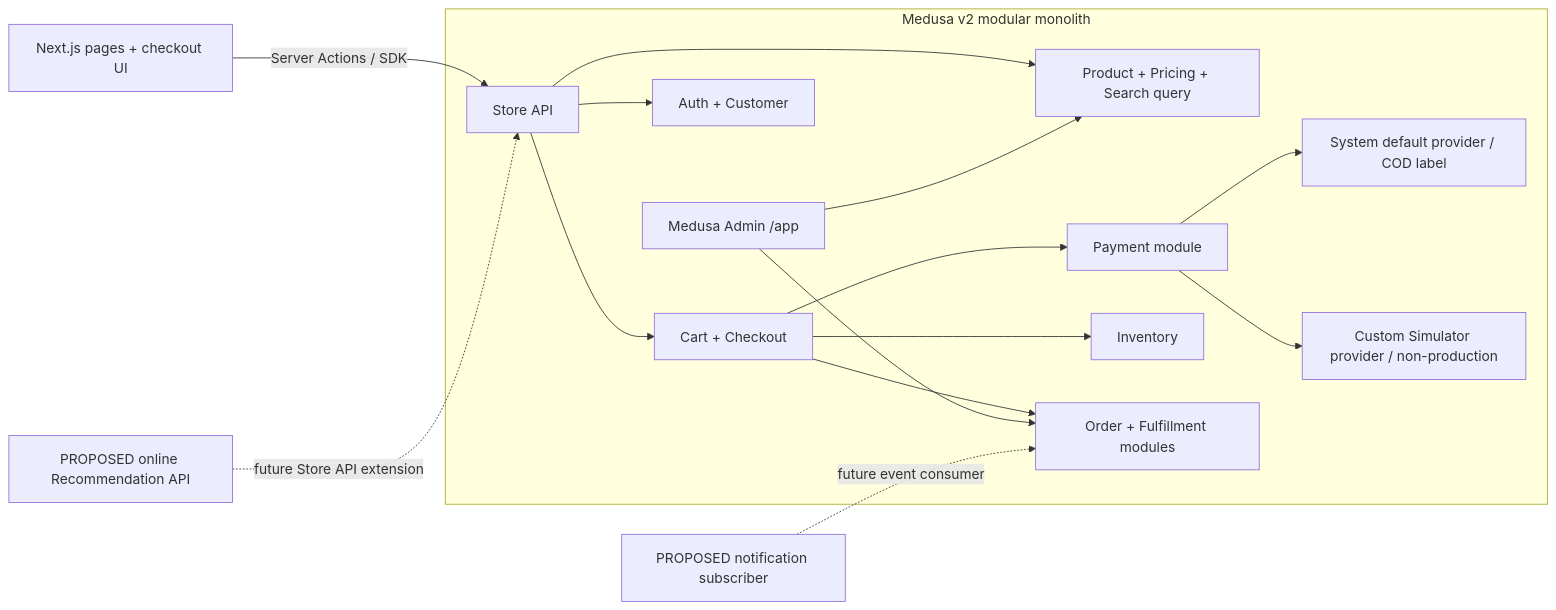
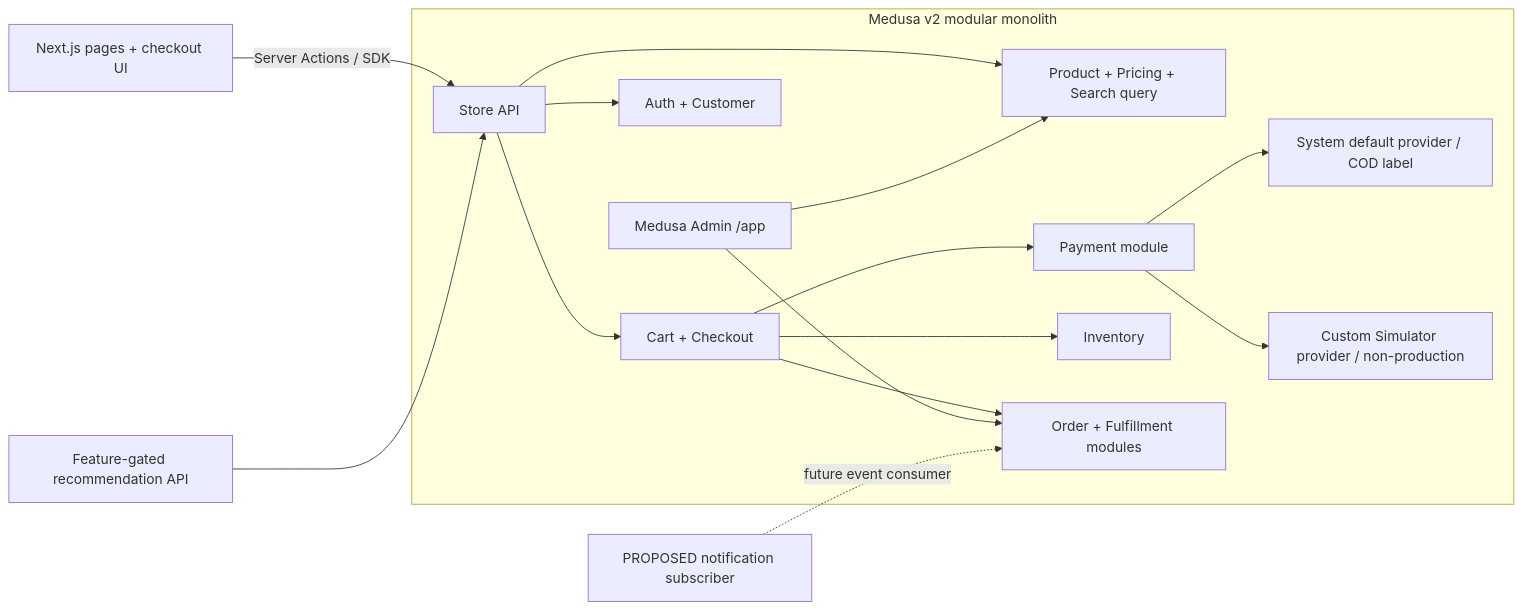
Before and after one commit to kieuquy283/EnterpriseE-commercePlatform: the second of 5 diagrams in docs/architecture/cloud-system-architecture.md, drawn with Mermaid. The commit also changed other lines of this file and 30 other files, not shown here.

Commit message:
docs: align cloud architecture and record deployment evidence

````diff
--- a/docs/architecture/cloud-system-architecture.md
+++ b/docs/architecture/cloud-system-architecture.md
@@ -58,28 +57,28 @@
 ```mermaid
 flowchart LR
     UI[Next.js pages + checkout UI] -->|Server Actions / SDK| StoreAPI
     subgraph Medusa[Medusa v2 modular monolith]
         StoreAPI[Store API]
         AdminUI[Medusa Admin /app]
         Auth[Auth + Customer]
         Catalog[Product + Pricing + Search query]
         Cart[Cart + Checkout]
         Pay[Payment module]
         Inv[Inventory]
         Order[Order + Fulfillment modules]
         COD[System default provider / COD label]
         Sim[Custom Simulator provider / non-production]
         StoreAPI --> Auth
         StoreAPI --> Catalog
         StoreAPI --> Cart
         Cart --> Pay
         Cart --> Inv
         Cart --> Order
         Pay --> COD
         Pay --> Sim
         AdminUI --> Catalog
         AdminUI --> Order
     end
-    Reco[PROPOSED online Recommendation API] -.->|future Store API extension| StoreAPI
+    Reco[Feature-gated recommendation API] --> StoreAPI
     Notify[PROPOSED notification subscriber] -.->|future event consumer| Order
 ```
````
